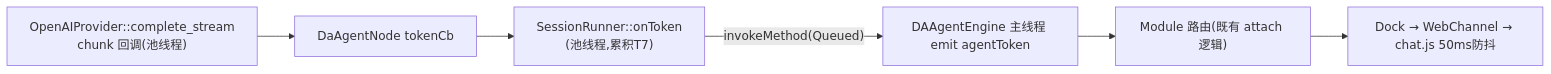
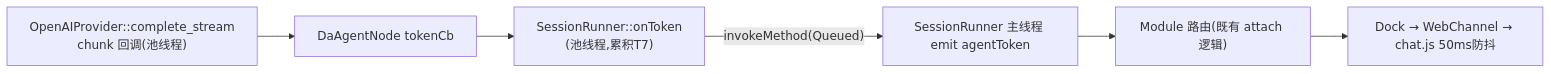
The first of 2 diagrams in docs/方案/04-阶段3-LLM流式与上下文管理.md (czyt1988/data-workbench), drawn with Mermaid before and after one commit. The commit also changed other lines of this file and 7 other files, not shown here.

````diff
--- a/docs/方案/04-阶段3-LLM流式与上下文管理.md
+++ b/docs/方案/04-阶段3-LLM流式与上下文管理.md
@@ -45,8 +45,8 @@
 ```mermaid
 flowchart LR
     P["OpenAIProvider::complete_stream<br/>chunk 回调(池线程)"] --> N["DaAgentNode tokenCb"]
     N --> R["SessionRunner::onToken<br/>(池线程,累积T7)"]
-    R -->|"invokeMethod(Queued)"| E["DAAgentEngine 主线程 emit agentToken"]
+    R -->|"invokeMethod(Queued)"| E["SessionRunner 主线程 emit agentToken"]
     E --> M["Module 路由(既有 attach 逻辑)"]
     M --> UI["Dock → WebChannel → chat.js 50ms防抖"]
 ```
````
